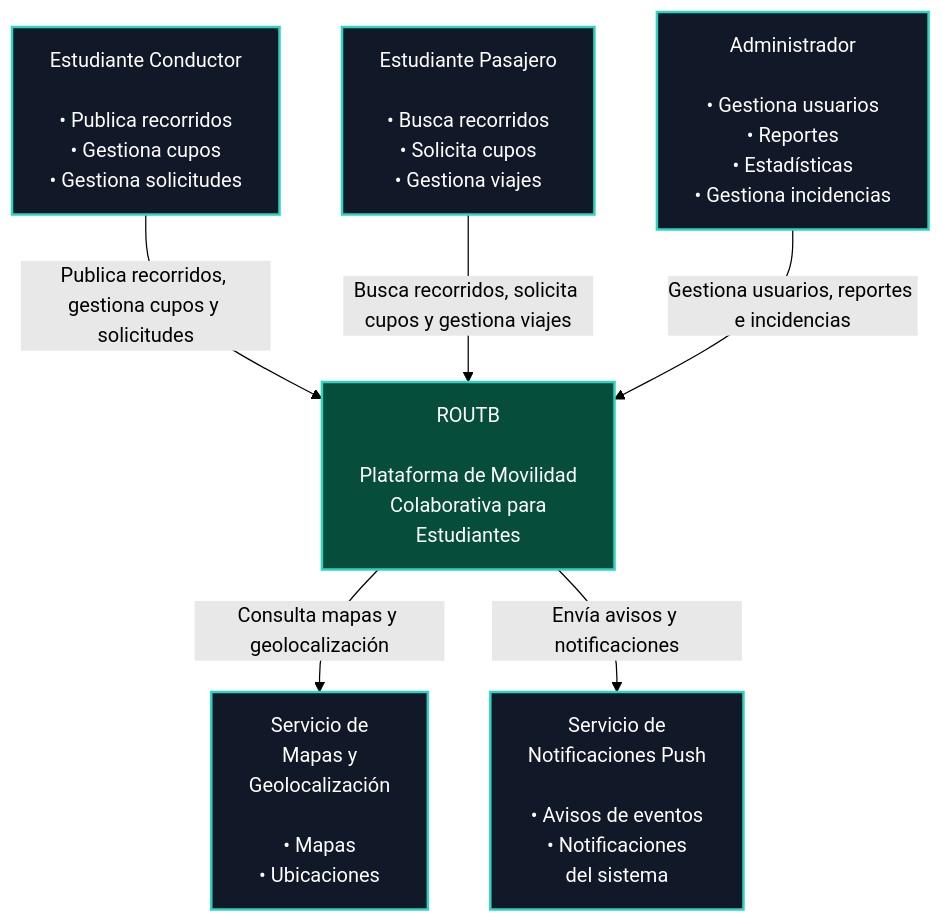
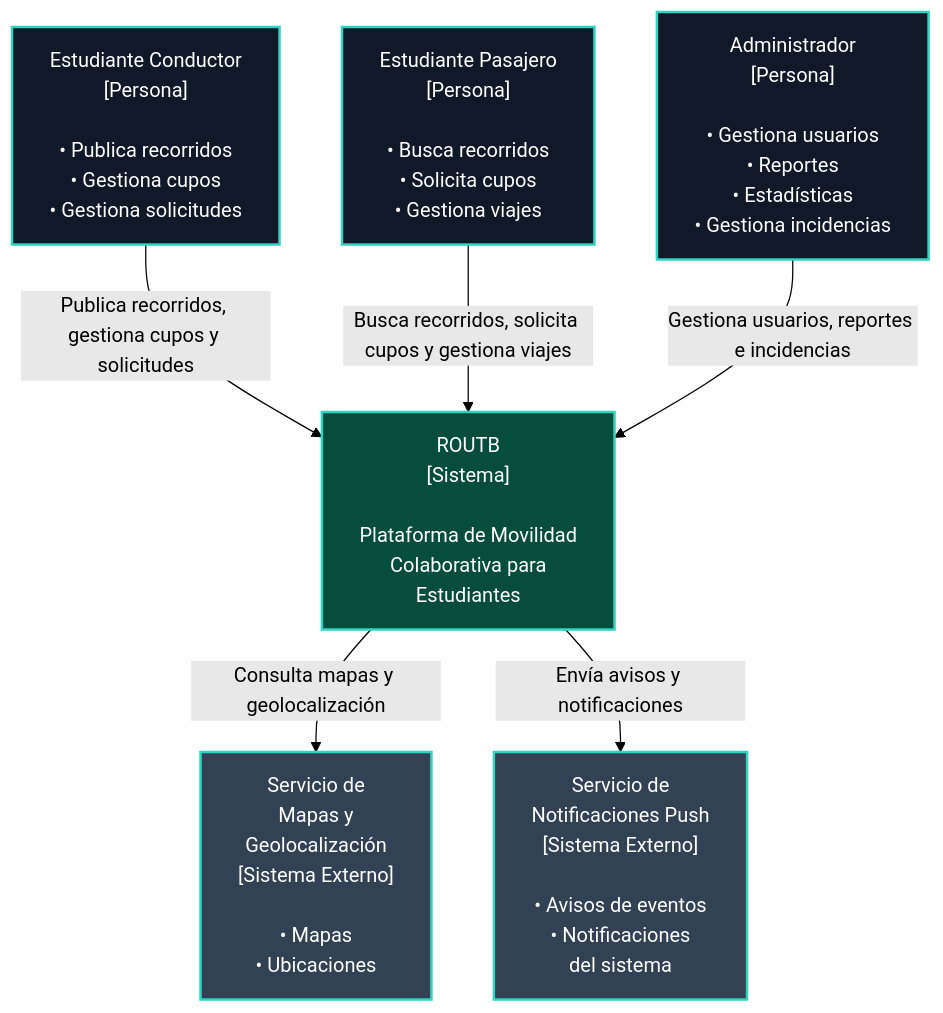
Before and after one commit to ISCOUTB/AS_202620_ROUTB: the first of 2 diagrams in docs/c4/context.md, drawn with Mermaid (forest theme). The commit also changed other lines of this file and 200 other files, not shown here.

````diff
--- a/docs/c4/context.md
+++ b/docs/c4/context.md
@@ -1,32 +3,22 @@
 ```mermaid
 flowchart TD
-
-    EC["Estudiante Conductor<br/><br/>• Publica recorridos<br/>• Gestiona cupos<br/>• Gestiona solicitudes"]
-
-    EP["Estudiante Pasajero<br/><br/>• Busca recorridos<br/>• Solicita cupos<br/>• Gestiona viajes"]
-
-    ADM["Administrador<br/><br/>• Gestiona usuarios<br/>• Reportes<br/>• Estadísticas<br/>• Gestiona incidencias"]
-
-    R["ROUTB<br/><br/>Plataforma de Movilidad<br/>Colaborativa para<br/>Estudiantes"]
-
-    MAP["Servicio de<br/>Mapas y<br/>Geolocalización<br/><br/>• Mapas<br/>• Ubicaciones"]
-
-    PUSH["Servicio de<br/>Notificaciones Push<br/><br/>• Avisos de eventos<br/>• Notificaciones<br/>del sistema"]
-
+    EC["Estudiante Conductor<br/>[Persona]<br/><br/>• Publica recorridos<br/>• Gestiona cupos<br/>• Gestiona solicitudes"]
+    EP["Estudiante Pasajero<br/>[Persona]<br/><br/>• Busca recorridos<br/>• Solicita cupos<br/>• Gestiona viajes"]
+    ADM["Administrador<br/>[Persona]<br/><br/>• Gestiona usuarios<br/>• Reportes<br/>• Estadísticas<br/>• Gestiona incidencias"]
+    R["ROUTB<br/>[Sistema]<br/><br/>Plataforma de Movilidad<br/>Colaborativa para<br/>Estudiantes"]
+    MAP["Servicio de<br/>Mapas y<br/>Geolocalización<br/>[Sistema Externo]<br/><br/>• Mapas<br/>• Ubicaciones"]
+    PUSH["Servicio de<br/>Notificaciones Push<br/>[Sistema Externo]<br/><br/>• Avisos de eventos<br/>• Notificaciones<br/>del sistema"]
     %% Conexiones principales
     EC -->|"Publica recorridos, gestiona cupos y solicitudes"| R
     EP -->|"Busca recorridos, solicita cupos y gestiona viajes"| R
     ADM -->|"Gestiona usuarios, reportes e incidencias"| R
-
     R -->|"Consulta mapas y geolocalización"| MAP
     R -->|"Envía avisos y notificaciones"| PUSH
-
     %% Estilos
     classDef actor fill:#111827,stroke:#2dd4bf,color:#fff,stroke-width:2px
     classDef system fill:#064e3b,stroke:#2dd4bf,color:#fff,stroke-width:2px
-    classDef service fill:#111827,stroke:#2dd4bf,color:#fff,stroke-width:2px
-
+    classDef service fill:#334155,stroke:#2dd4bf,color:#fff,stroke-width:2px
     class EC,EP,ADM actor
     class R system
     class MAP,PUSH service
 ```
````
